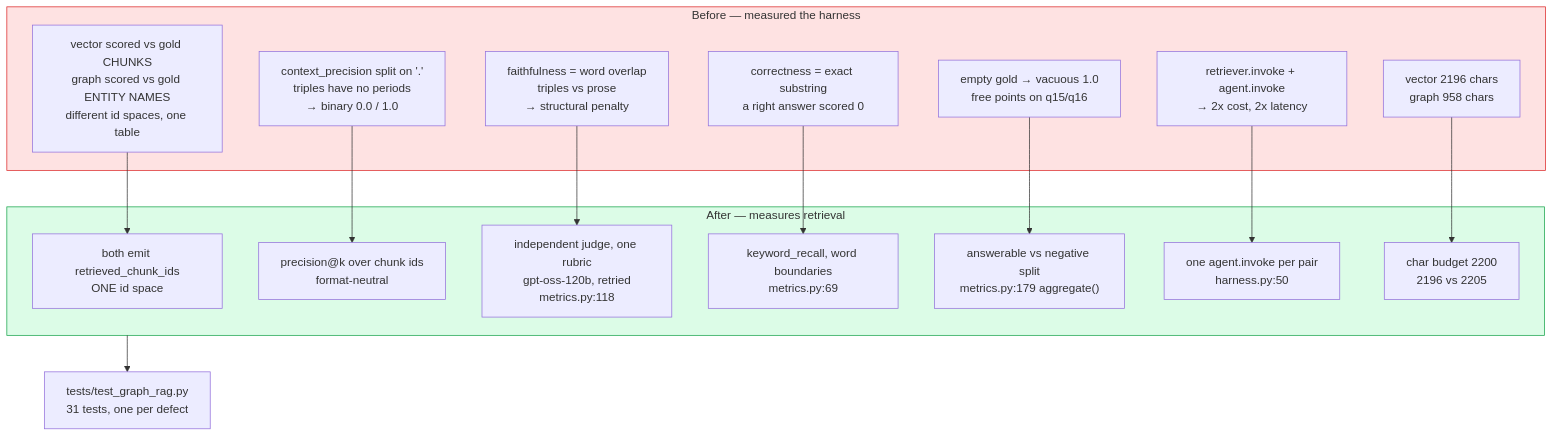
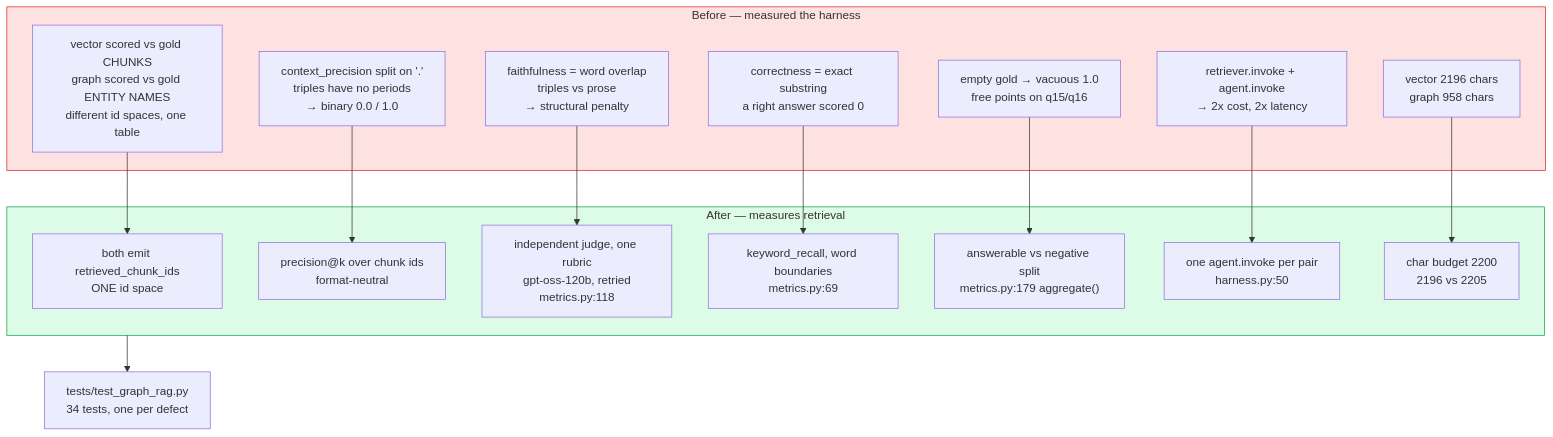
One commit to manishwvn/graph_rag changed the ninth of 9 diagrams in LEARNINGS.md. Above: the diagram before and after it, drawn with Mermaid. The commit also changed other lines of this file and 5 other files, not shown here.

````diff
--- a/LEARNINGS.md
+++ b/LEARNINGS.md
@@ -459,31 +459,31 @@
 ```mermaid
 graph TD
   subgraph BEFORE["Before — measured the harness"]
     B1["vector scored vs gold CHUNKS<br/>graph scored vs gold ENTITY NAMES<br/>different id spaces, one table"]
     B2["context_precision split on '.'<br/>triples have no periods<br/>→ binary 0.0 / 1.0"]
     B3["faithfulness = word overlap<br/>triples vs prose<br/>→ structural penalty"]
     B4["correctness = exact substring<br/>a right answer scored 0"]
     B5["empty gold → vacuous 1.0<br/>free points on q15/q16"]
     B6["retriever.invoke + agent.invoke<br/>→ 2x cost, 2x latency"]
     B7["vector 2196 chars<br/>graph 958 chars"]
   end
   subgraph AFTER["After — measures retrieval"]
     A1["both emit retrieved_chunk_ids<br/>ONE id space"]
     A2["precision@k over chunk ids<br/>format-neutral"]
     A3["independent judge, one rubric<br/>gpt-oss-120b, retried<br/>metrics.py:118"]
     A4["keyword_recall, word boundaries<br/>metrics.py:69"]
     A5["answerable vs negative split<br/>metrics.py:179 aggregate()"]
     A6["one agent.invoke per pair<br/>harness.py:50"]
     A7["char budget 2200<br/>2196 vs 2205"]
   end
   B1 --> A1
   B2 --> A2
   B3 --> A3
   B4 --> A4
   B5 --> A5
   B6 --> A6
   B7 --> A7
-  AFTER --> T["tests/test_graph_rag.py<br/>31 tests, one per defect"]
+  AFTER --> T["tests/test_graph_rag.py<br/>34 tests, one per defect"]
   style AFTER fill:#DCFCE7,stroke:#16A34A
   style BEFORE fill:#FEE2E2,stroke:#DC2626
 ```
````
